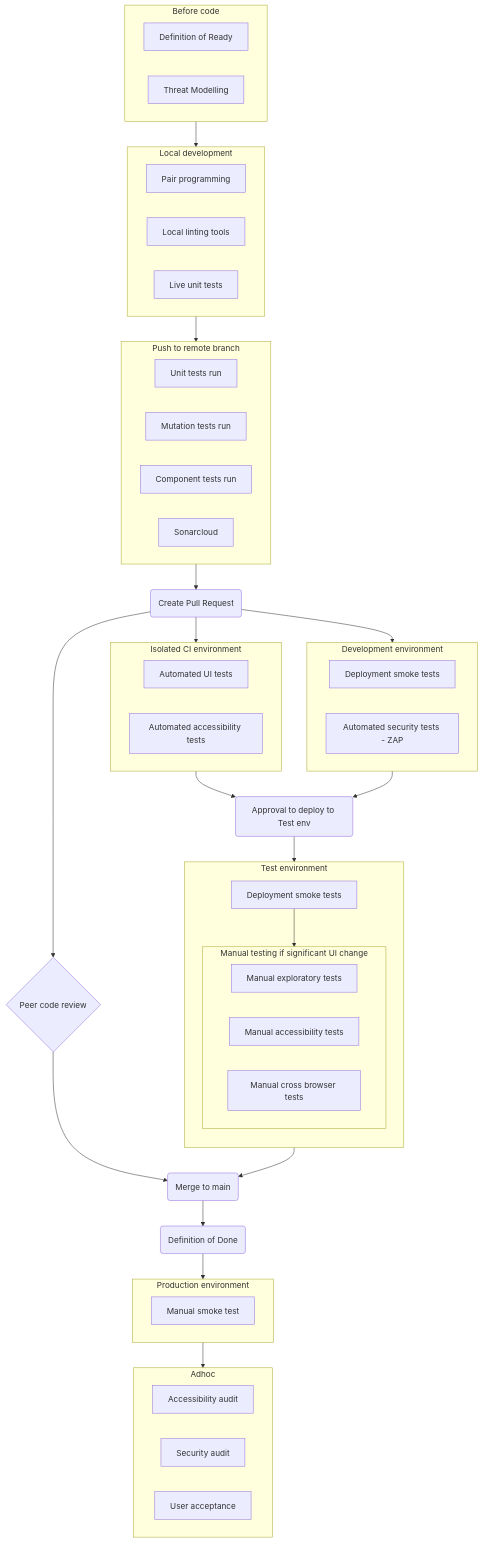
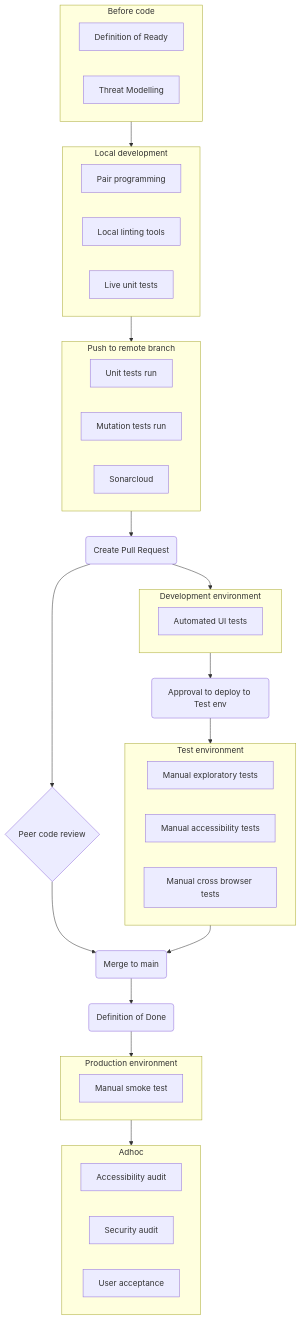
Before and after one commit to DFE-Digital/find-information-about-academies-and-trusts: the diagram in docs/test-approach.md, drawn with Mermaid. The commit also changed other lines of this file and 44 other files, not shown here.

```diff
--- a/docs/test-approach.md
+++ b/docs/test-approach.md
@@ -25,7 +25,6 @@
   subgraph remote[Push to remote branch]
     remote1[Unit tests run]
     remote2[Mutation tests run]
-    remote3[Component tests run]
     remote4[Sonarcloud]
   end
 
@@ -33,23 +32,15 @@
 
   pr(Create Pull Request)
 
-  pr-->predeploy
   pr-->dev
   pr-->review
 
   review{Peer code review}
   
-  subgraph predeploy[Isolated CI environment]
-    predeploy1[Automated UI tests]
-    predeploy2[Automated accessibility tests]
+  subgraph dev[Development environment]
+    dev1[Automated UI tests]
   end
 
-  subgraph dev[Development environment]
-    dev1[Deployment smoke tests]
-    dev3[Automated security tests - ZAP]
-  end
-
-  predeploy-->testenvapproval
   dev-->testenvapproval
   
   testenvapproval(Approval to deploy to Test env)
@@ -57,14 +48,9 @@
   testenvapproval-->test
 
   subgraph test[Test environment]
-    direction TB
-    test1[Deployment smoke tests]
-    test1-->manual
-    subgraph manual[Manual testing if significant UI change]
-      manual1[Manual exploratory tests]
-      manual2[Manual accessibility tests]
-      manual3[Manual cross browser tests]
-    end
+    manual1[Manual exploratory tests]
+    manual2[Manual accessibility tests]
+    manual3[Manual cross browser tests]
   end
 
   test-->merge
```
